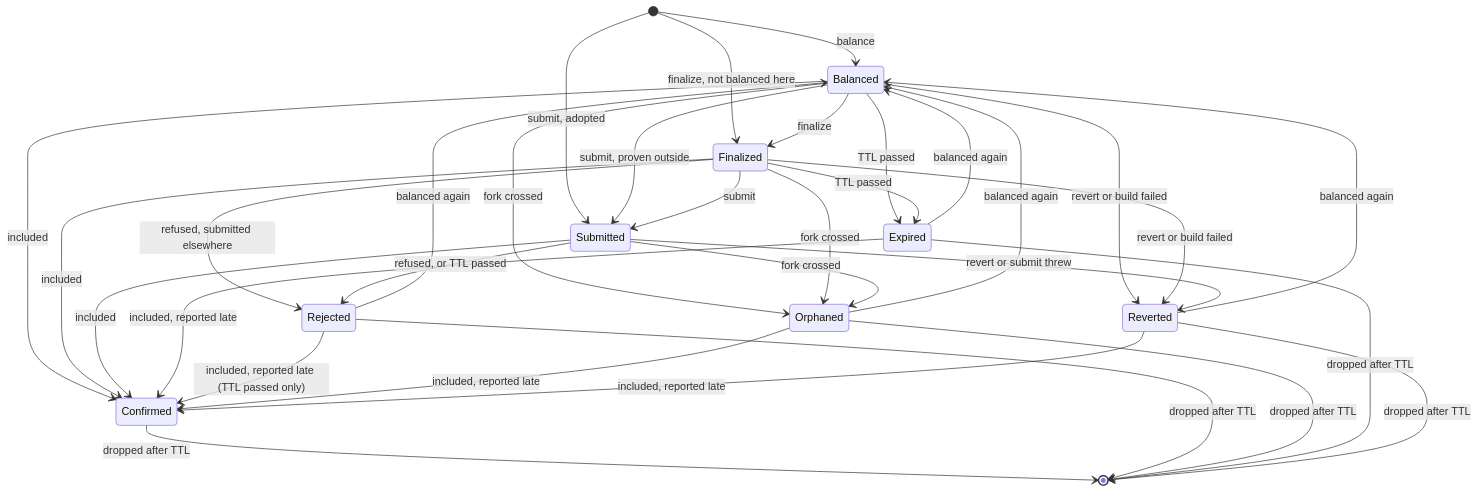
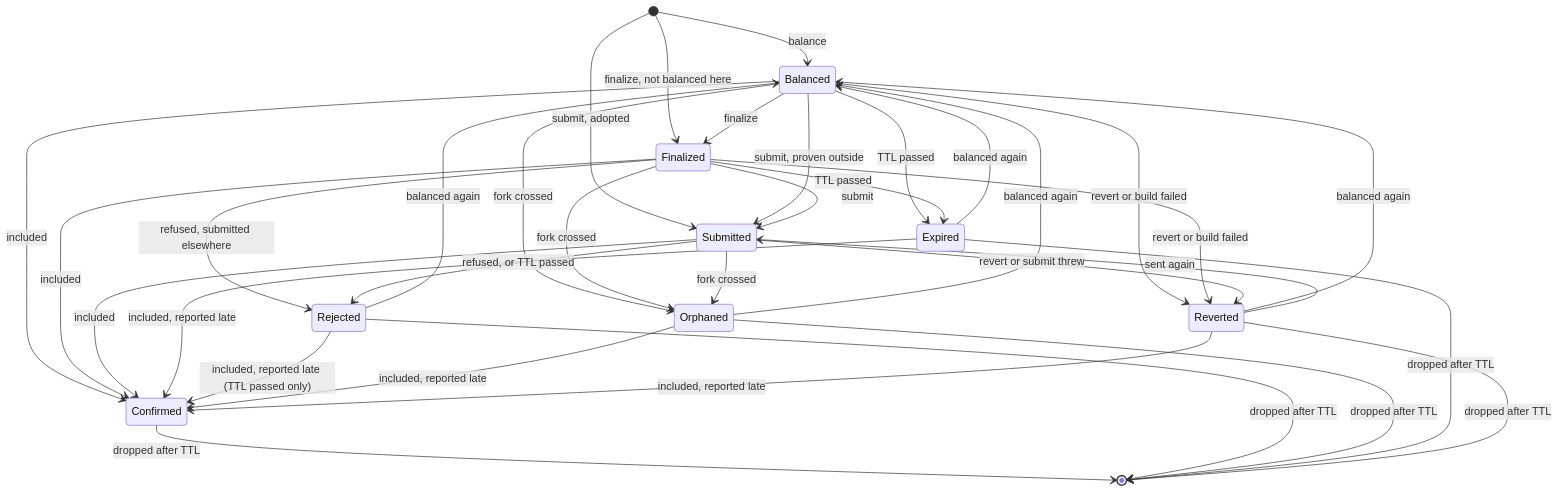
The diagram in docs/decisions/0011-one-lifecycle-record-per-transaction.md (midnightntwrk/midnight-wallet), drawn with Mermaid before and after one commit. The commit also changed other lines of this file and 1 other file, not shown here.

First line of the commit message:
fix: put a reverted record back to submitted when its transaction is sent again

````diff
--- a/docs/decisions/0011-one-lifecycle-record-per-transaction.md
+++ b/docs/decisions/0011-one-lifecycle-record-per-transaction.md
@@ -70,35 +70,36 @@
 ```mermaid
 stateDiagram-v2
   [*] --> Balanced: balance
   [*] --> Finalized: finalize, not balanced here
   [*] --> Submitted: submit, adopted
   Balanced --> Finalized: finalize
   Balanced --> Submitted: submit, proven outside
   Finalized --> Submitted: submit
   Balanced --> Confirmed: included
   Finalized --> Confirmed: included
   Submitted --> Confirmed: included
   Finalized --> Rejected: refused, submitted elsewhere
   Submitted --> Rejected: refused, or TTL passed
   Balanced --> Orphaned: fork crossed
   Finalized --> Orphaned: fork crossed
   Submitted --> Orphaned: fork crossed
   Balanced --> Expired: TTL passed
   Finalized --> Expired: TTL passed
   Balanced --> Reverted: revert or build failed
   Finalized --> Reverted: revert or build failed
   Submitted --> Reverted: revert or submit threw
   Rejected --> Balanced: balanced again
   Orphaned --> Balanced: balanced again
   Expired --> Balanced: balanced again
   Reverted --> Balanced: balanced again
+  Reverted --> Submitted: sent again
   Expired --> Confirmed: included, reported late
   Rejected --> Confirmed: included, reported late (TTL passed only)
   Orphaned --> Confirmed: included, reported late
   Reverted --> Confirmed: included, reported late
   Confirmed --> [*]: dropped after TTL
   Rejected --> [*]: dropped after TTL
   Orphaned --> [*]: dropped after TTL
   Expired --> [*]: dropped after TTL
   Reverted --> [*]: dropped after TTL
 ```
````
